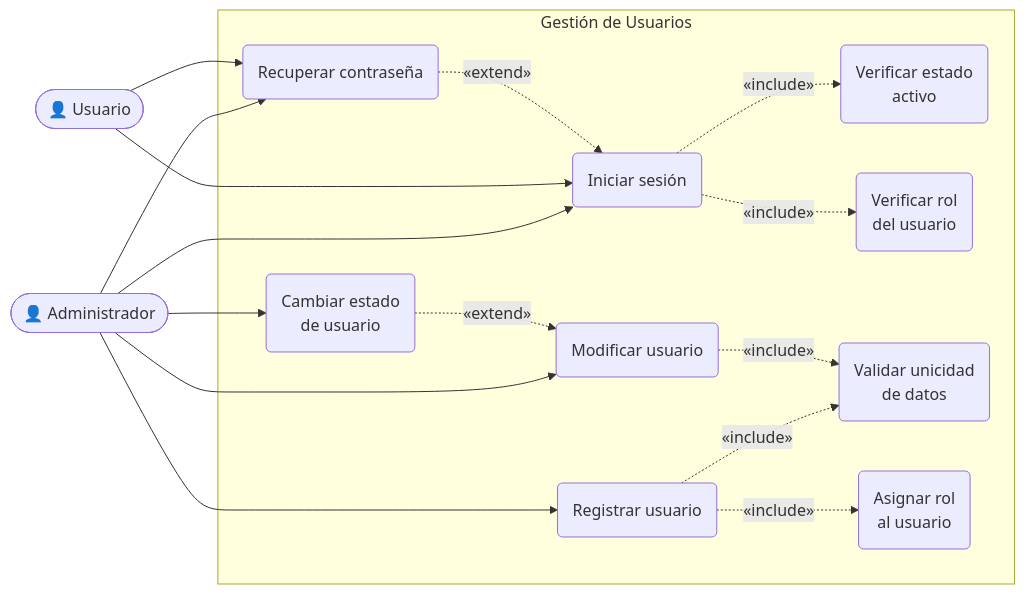
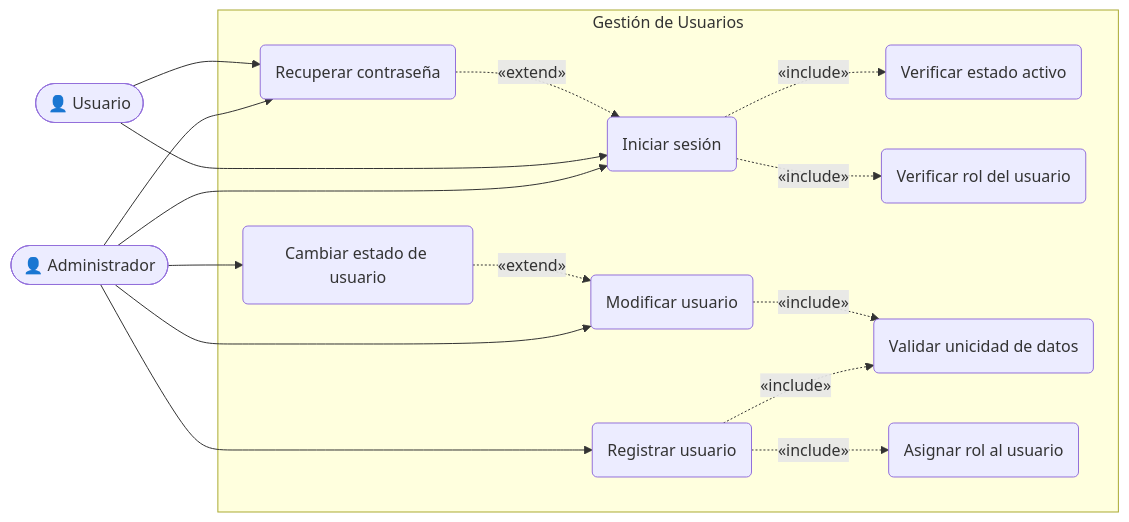
Before and after one commit to danielalvarezm527/Zentrix: the first of 3 diagrams in docs/09-comportamiento-casos-de-uso.md, drawn with Mermaid. The commit also changed other lines of this file and 2 other files, not shown here.

````diff
--- a/docs/09-comportamiento-casos-de-uso.md
+++ b/docs/09-comportamiento-casos-de-uso.md
@@ -11,34 +11,34 @@
 ```mermaid
 graph LR
     Admin(["👤 Administrador"])
     User(["👤 Usuario"])
 
     subgraph GU["Gestión de Usuarios"]
         IS("Iniciar sesión")
         RP("Recuperar contraseña")
         RU("Registrar usuario")
         MU("Modificar usuario")
-        CS("Cambiar estado\nde usuario")
+        CS("Cambiar estado de usuario")
 
-        VSA("Verificar estado\nactivo")
-        VR("Verificar rol\ndel usuario")
-        VD("Validar unicidad\nde datos")
-        AR("Asignar rol\nal usuario")
+        VSA("Verificar estado activo")
+        VR("Verificar rol del usuario")
+        VD("Validar unicidad de datos")
+        AR("Asignar rol al usuario")
     end
 
     Admin --> IS
     Admin --> RP
     Admin --> RU
     Admin --> MU
     Admin --> CS
     User  --> IS
     User  --> RP
 
     IS  -. "«include»" .-> VSA
     IS  -. "«include»" .-> VR
     RP  -. "«extend»"  .-> IS
     RU  -. "«include»" .-> VD
     RU  -. "«include»" .-> AR
     MU  -. "«include»" .-> VD
     CS  -. "«extend»"  .-> MU
 ```
````
